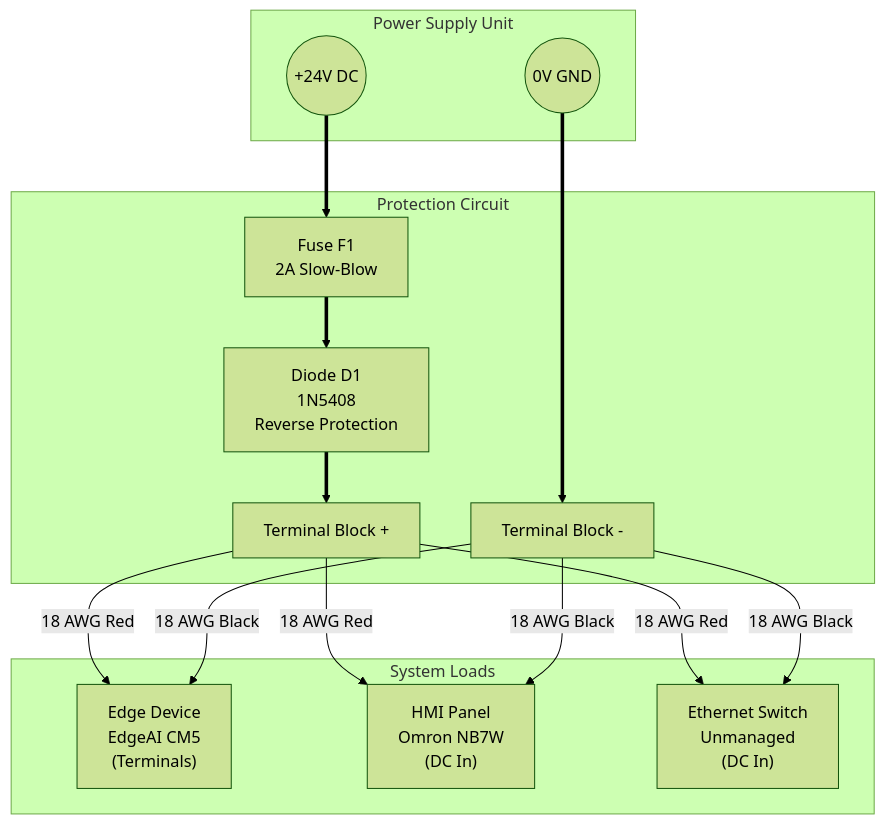
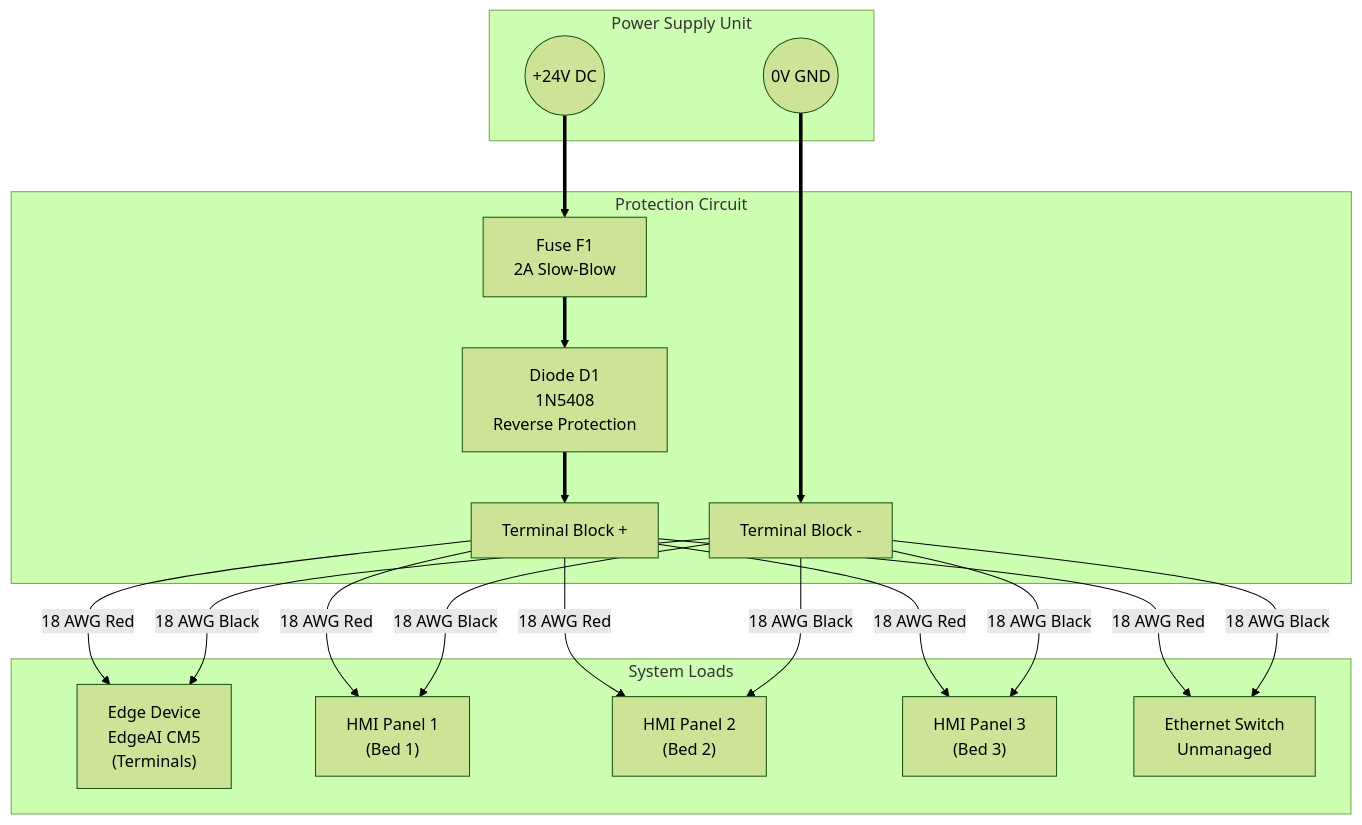
Before and after one commit to Josan88/Electronic-Medication-Administration-Record: the first of 7 diagrams in docs/PROPOSED_METHOD_SOLUTION.md, drawn with Mermaid (forest theme). The commit also changed other lines of this file, not shown here.

Commit message:
Update HMI configuration details to support multiple terminals and enhance network port assignments

````diff
--- a/docs/PROPOSED_METHOD_SOLUTION.md
+++ b/docs/PROPOSED_METHOD_SOLUTION.md
@@ -76,33 +76,39 @@
 ```mermaid
 graph TD
     subgraph PowerSource ["Power Supply Unit"]
         VCC(("+24V DC"))
         GND(("0V GND"))
     end
 
     subgraph Protection ["Protection Circuit"]
         F1["Fuse F1<br/>2A Slow-Blow"]
         D1["Diode D1<br/>1N5408<br/>Reverse Protection"]
         TB_V["Terminal Block +"]
         TB_G["Terminal Block -"]
     end
 
     subgraph Loads ["System Loads"]
         CM5["Edge Device<br/>EdgeAI CM5<br/>(Terminals)"]
-        HMI["HMI Panel<br/>Omron NB7W<br/>(DC In)"]
-        SW["Ethernet Switch<br/>Unmanaged<br/>(DC In)"]
+        HMI1["HMI Panel 1<br/>(Bed 1)"]
+        HMI2["HMI Panel 2<br/>(Bed 2)"]
+        HMI3["HMI Panel 3<br/>(Bed 3)"]
+        SW["Ethernet Switch<br/>Unmanaged"]
     end
 
     VCC ==> F1
     F1 ==> D1
     D1 ==> TB_V
     GND ==> TB_G
 
     TB_V -- "18 AWG Red" --> CM5
-    TB_V -- "18 AWG Red" --> HMI
+    TB_V -- "18 AWG Red" --> HMI1
+    TB_V -- "18 AWG Red" --> HMI2
+    TB_V -- "18 AWG Red" --> HMI3
     TB_V -- "18 AWG Red" --> SW
 
     TB_G -- "18 AWG Black" --> CM5
-    TB_G -- "18 AWG Black" --> HMI
+    TB_G -- "18 AWG Black" --> HMI1
+    TB_G -- "18 AWG Black" --> HMI2
+    TB_G -- "18 AWG Black" --> HMI3
     TB_G -- "18 AWG Black" --> SW
 ```
````
